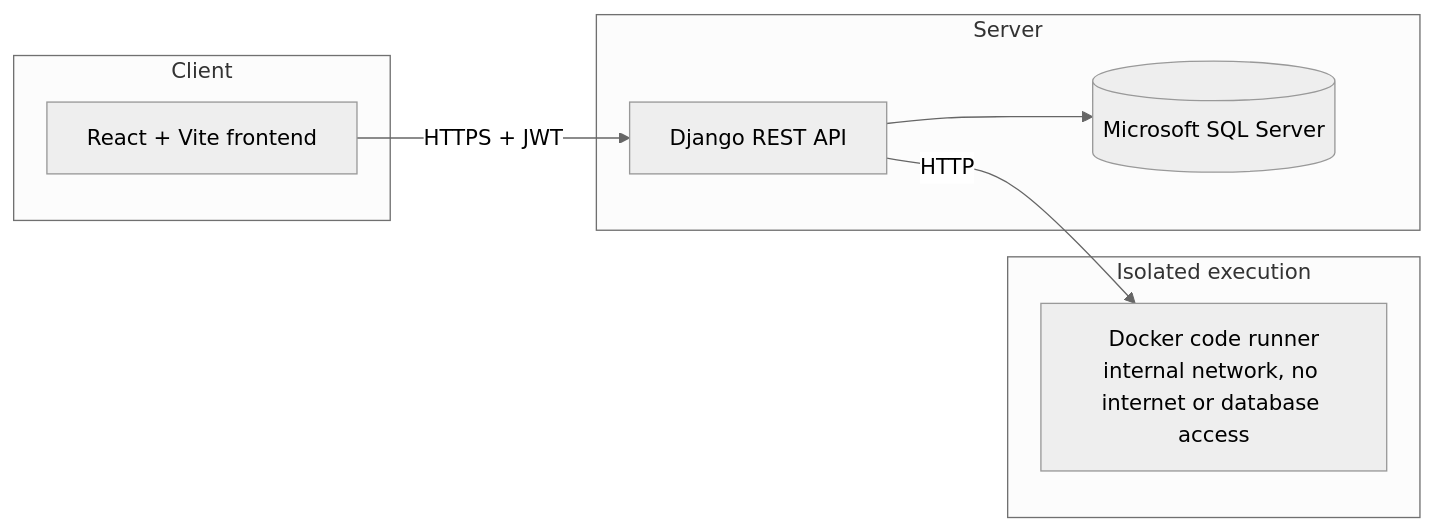
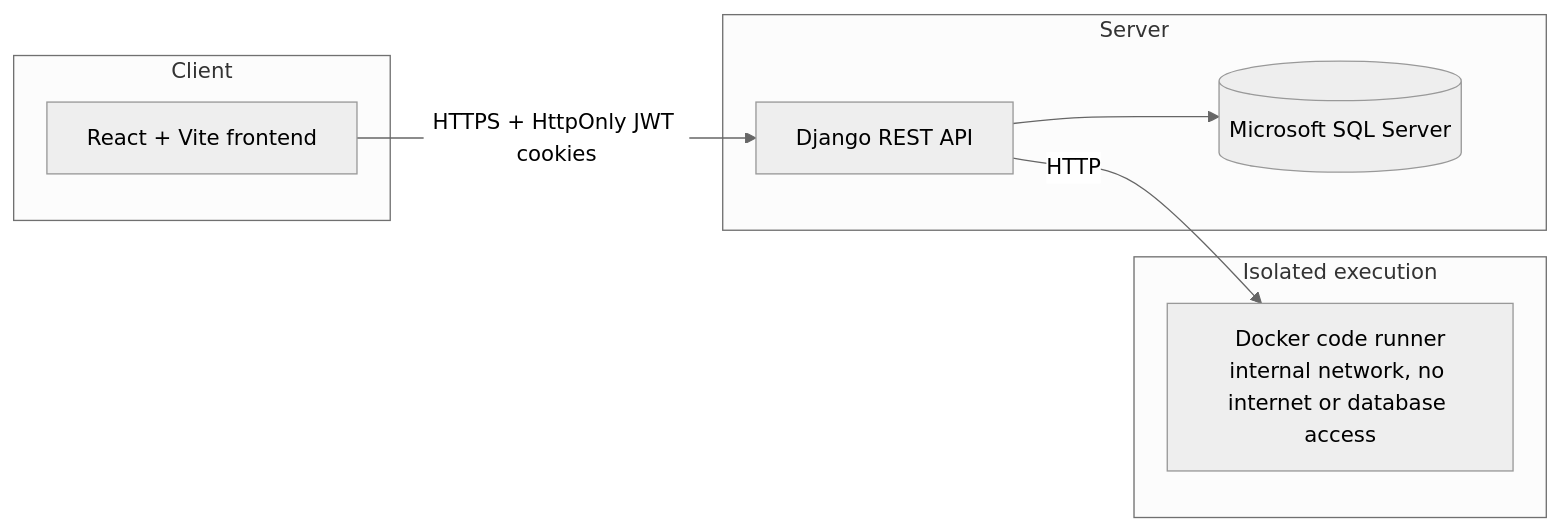
Before and after one commit to catelicioustesh-ai/optimum-elearning-platform: the first of 4 diagrams in docs/ARCHITECTURE.md, drawn with Mermaid (neutral theme). The commit also changed other lines of this file and 64 other files, not shown here.

````diff
--- a/docs/ARCHITECTURE.md
+++ b/docs/ARCHITECTURE.md
@@ -5,19 +5,19 @@
 ```mermaid
 flowchart LR
     subgraph Client
         FE[React + Vite frontend]
     end
 
     subgraph Server
         API[Django REST API]
         DB[(Microsoft SQL Server)]
     end
 
     subgraph Isolated execution
         SANDBOX[Docker code runner\ninternal network, no internet or database access]
     end
 
-    FE -->|HTTPS + JWT| API
+    FE -->|HTTPS + HttpOnly JWT cookies| API
     API --> DB
     API -->|HTTP| SANDBOX
 ```
````
